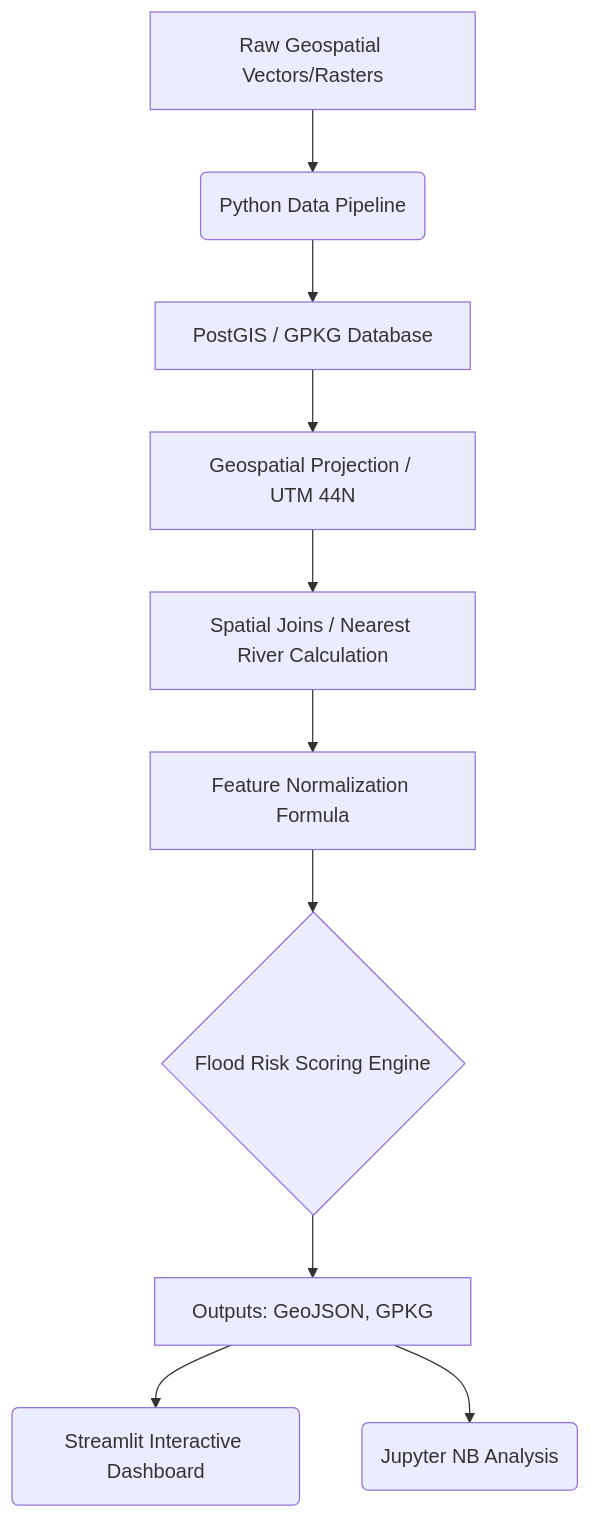
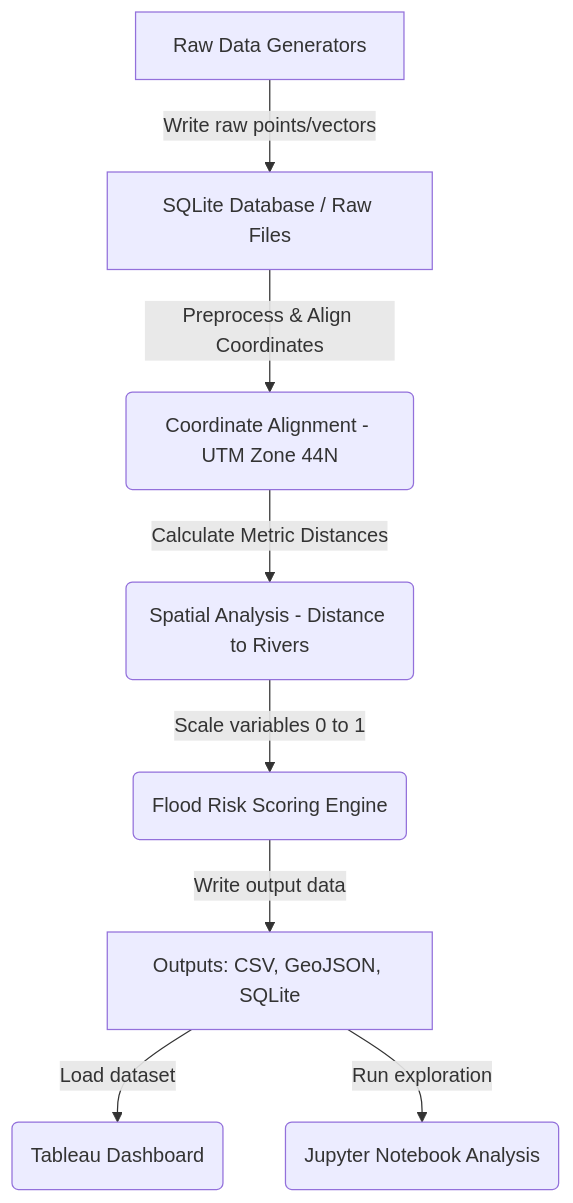
The diagram in README.md (abhinavs1git/Ganges), drawn with Mermaid before and after one commit. The commit also changed other lines of this file, not shown here.

````diff
--- a/README.md
+++ b/README.md
@@ -21,12 +23,10 @@
 ```mermaid
 graph TD;
-    A[Raw Geospatial Vectors/Rasters] --> B(Python Data Pipeline);
-    B --> C[PostGIS / GPKG Database];
-    C --> D[Geospatial Projection / UTM 44N];
-    D --> E[Spatial Joins / Nearest River Calculation];
-    E --> F[Feature Normalization Formula];
-    F --> G{Flood Risk Scoring Engine};
-    G --> H[Outputs: GeoJSON, GPKG];
-    H --> I(Streamlit Interactive Dashboard);
-    H --> J(Jupyter NB Analysis);
+    A[Raw Data Generators] -->|Write raw points/vectors| B[SQLite Database / Raw Files];
+    B -->|Preprocess & Align Coordinates| C(Coordinate Alignment - UTM Zone 44N);
+    C -->|Calculate Metric Distances| D(Spatial Analysis - Distance to Rivers);
+    D -->|Scale variables 0 to 1| E(Flood Risk Scoring Engine);
+    E -->|Write output data| F[Outputs: CSV, GeoJSON, SQLite];
+    F -->|Load dataset| G(Tableau Dashboard);
+    F -->|Run exploration| H(Jupyter Notebook Analysis);
 ```
````
